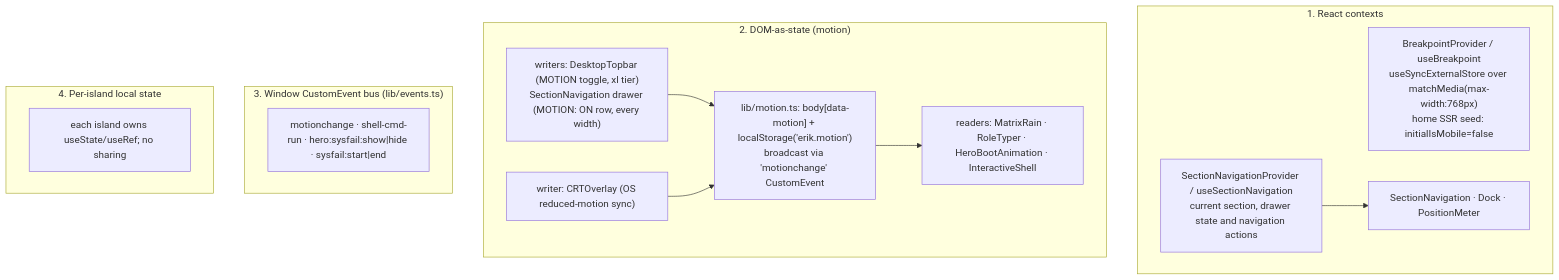
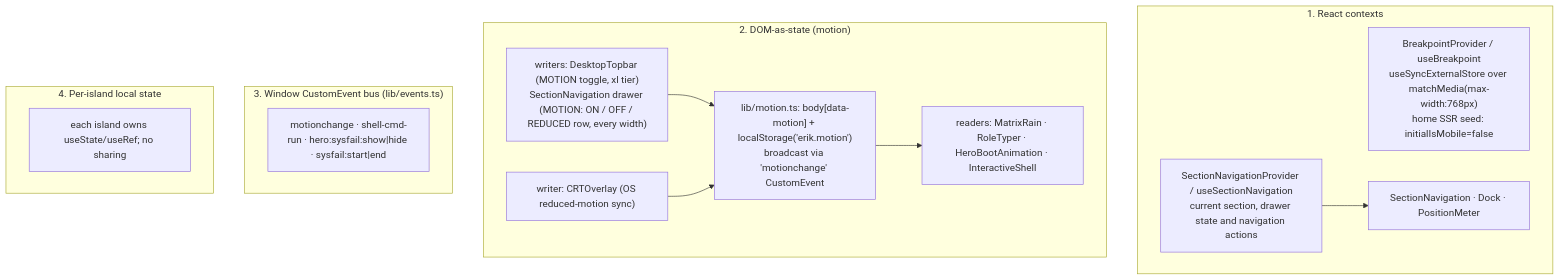
Before and after one commit to erikunha/portfolio: the second of 2 diagrams in docs/04-components-and-state.md, drawn with Mermaid. The commit also changed other lines of this file and 51 other files, not shown here.

````diff
--- a/docs/04-components-and-state.md
+++ b/docs/04-components-and-state.md
@@ -102,20 +102,20 @@
 ```mermaid
 flowchart TD
     subgraph ctx["1. React contexts"]
         bp["BreakpointProvider / useBreakpoint<br/>useSyncExternalStore over matchMedia(max-width:768px)<br/>home SSR seed: initialIsMobile=false"]
         navigation["SectionNavigationProvider / useSectionNavigation<br/>current section, drawer state and navigation actions"]
         navigation --> consumers["SectionNavigation · Dock · PositionMeter"]
     end
     subgraph dom["2. DOM-as-state (motion)"]
         motion["lib/motion.ts: body[data-motion] + localStorage('erik.motion')<br/>broadcast via 'motionchange' CustomEvent"]
-        w1["writers: DesktopTopbar (MOTION toggle, xl tier)<br/>SectionNavigation drawer (MOTION: ON row, every width)"] --> motion
+        w1["writers: DesktopTopbar (MOTION toggle, xl tier)<br/>SectionNavigation drawer (MOTION: ON / OFF / REDUCED row, every width)"] --> motion
         w2["writer: CRTOverlay (OS reduced-motion sync)"] --> motion
         motion --> r1["readers: MatrixRain · RoleTyper · HeroBootAnimation · InteractiveShell"]
     end
     subgraph bus["3. Window CustomEvent bus (lib/events.ts)"]
         ev["motionchange · shell-cmd-run · hero:sysfail:show|hide · sysfail:start|end"]
     end
     subgraph local["4. Per-island local state"]
         li["each island owns useState/useRef; no sharing"]
     end
 ```
````
